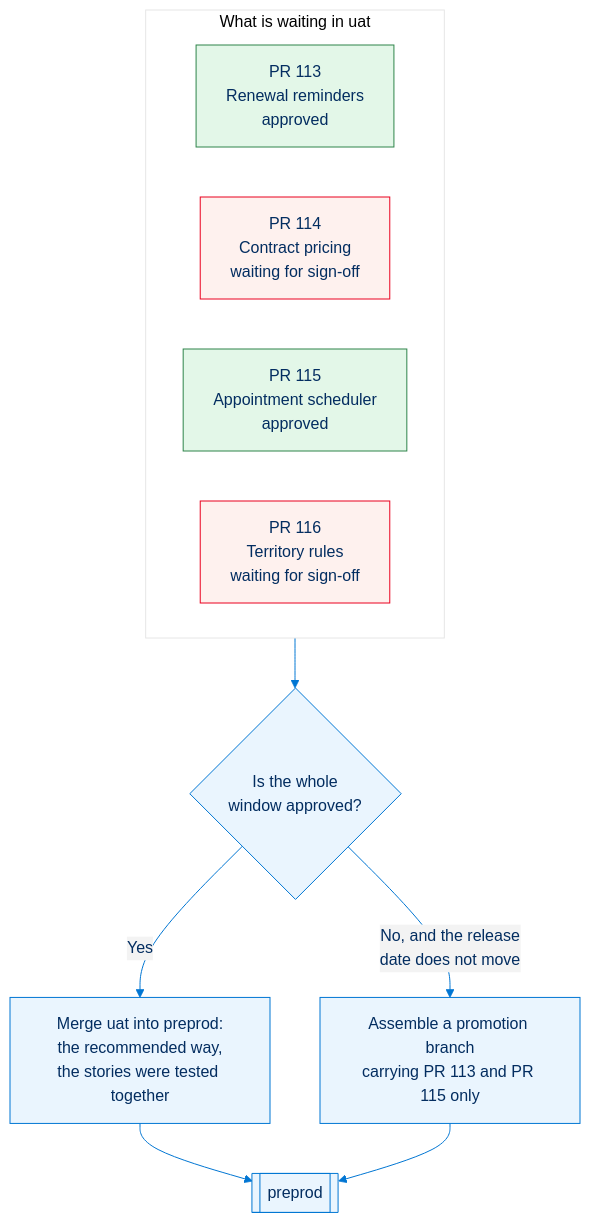
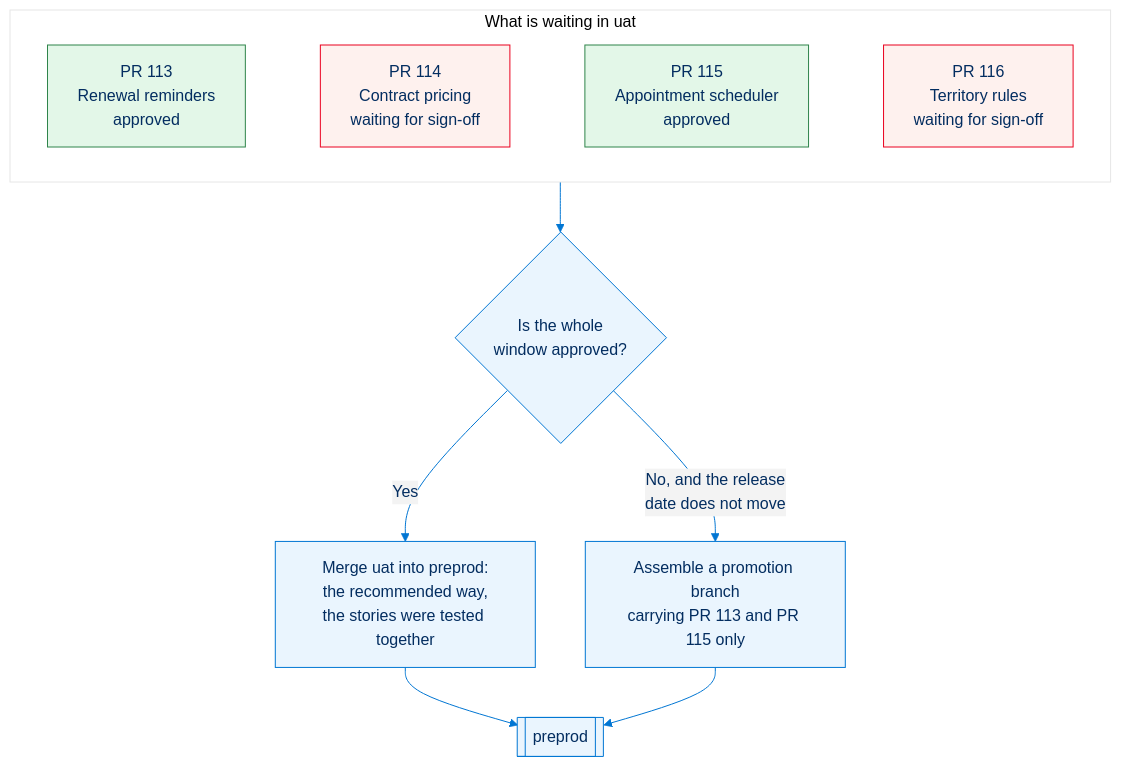
Before and after one commit to hardisgroupcom/sfdx-hardis: the first of 3 diagrams in docs/salesforce-ci-cd-promotion-branches.md, drawn with Mermaid. The commit also changed other lines of this file, not shown here.

Commit message:
fix(doc): lay out the promotion diagrams the way they read
The four User Stories of the first diagram had no edge between them, so they
all landed in the first rank of the subgraph and stacked vertically instead of
sitting in a row: link them with invisible edges, which also fixes their order.

The lanes of the second diagram were stacked in reverse declaration order,
putting preprod on top and uat at the bottom. Declare preprod first so the
diagram reads uat, then the promotion branch, then preprod.

````diff
--- a/docs/salesforce-ci-cd-promotion-branches.md
+++ b/docs/salesforce-ci-cd-promotion-branches.md
@@ -29,20 +29,19 @@
 ```mermaid
 %%{init: {"theme": "base", "themeVariables": {"primaryColor": "#eaf5fe", "primaryTextColor": "#032d60", "primaryBorderColor": "#0176d3", "lineColor": "#0176d3", "secondaryColor": "#f3f3f3", "tertiaryColor": "#ffffff", "fontFamily": "Salesforce Sans, Arial, sans-serif"}}}%%
 flowchart TB
     subgraph WINDOW["What is waiting in uat"]
         direction LR
-        OK1["PR 113<br/>Renewal reminders<br/>approved"]
-        KO1["PR 114<br/>Contract pricing<br/>waiting for sign-off"]
-        OK2["PR 115<br/>Appointment scheduler<br/>approved"]
-        KO2["PR 116<br/>Territory rules<br/>waiting for sign-off"]
+        %% Invisible links keep the four stories on one row, in order: without an
+        %% edge between them they would all sit in the first rank and stack up
+        OK1["PR 113<br/>Renewal reminders<br/>approved"] ~~~ KO1["PR 114<br/>Contract pricing<br/>waiting for sign-off"] ~~~ OK2["PR 115<br/>Appointment scheduler<br/>approved"] ~~~ KO2["PR 116<br/>Territory rules<br/>waiting for sign-off"]
     end
     WINDOW --> CHOICE{"Is the whole<br/>window approved?"}
     CHOICE -->|Yes| NORMAL["Merge uat into preprod:<br/>the recommended way,<br/>the stories were tested together"]
     CHOICE -->|"No, and the release<br/>date does not move"| PROMO["Assemble a promotion branch<br/>carrying PR 113 and PR 115 only"]
     NORMAL --> PREPROD[["preprod"]]
     PROMO --> PREPROD
     style OK1 fill:#e3f7e8,stroke:#2e844a
     style OK2 fill:#e3f7e8,stroke:#2e844a
     style KO1 fill:#fef1ee,stroke:#ea001e
     style KO2 fill:#fef1ee,stroke:#ea001e
 ```
````
